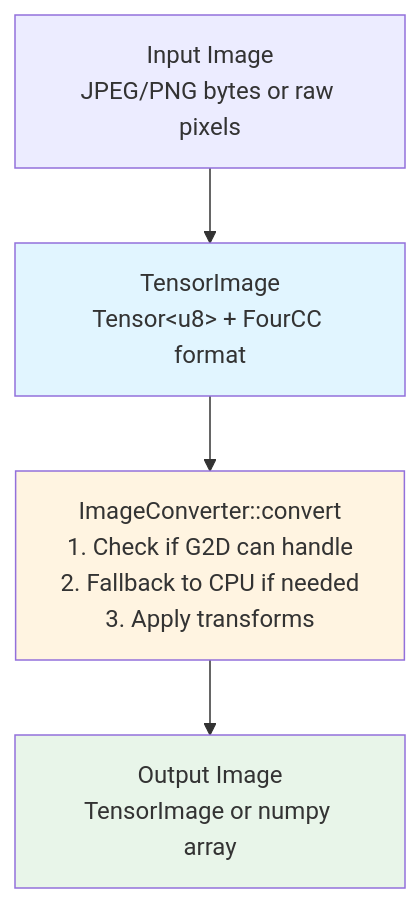
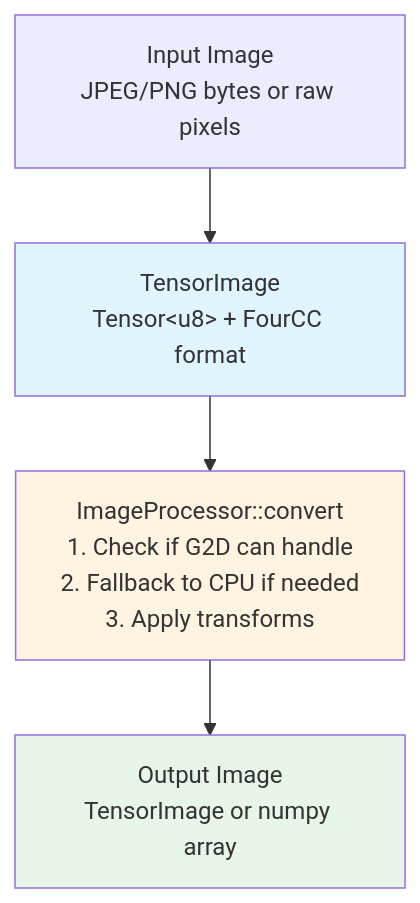
The fifth of 11 diagrams in README.md (EdgeFirstAI/hal), drawn with Mermaid before and after one commit. The commit also changed other lines of this file and 22 other files, not shown here.

````diff
--- a/README.md
+++ b/README.md
@@ -210,15 +210,15 @@
 ```mermaid
 flowchart TD
     Input[Input Image<br/>JPEG/PNG bytes or raw pixels]
     TI[TensorImage<br/>Tensor&lt;u8&gt; + FourCC format]
-    Conv[ImageConverter::convert<br/>1. Check if G2D can handle<br/>2. Fallback to CPU if needed<br/>3. Apply transforms]
+    Conv[ImageProcessor::convert<br/>1. Check if G2D can handle<br/>2. Fallback to CPU if needed<br/>3. Apply transforms]
     Output[Output Image<br/>TensorImage or numpy array]
     
     Input --> TI
     TI --> Conv
     Conv --> Output
     
     style TI fill:#e1f5ff
     style Conv fill:#fff4e1
     style Output fill:#e8f5e9
 ```
````
